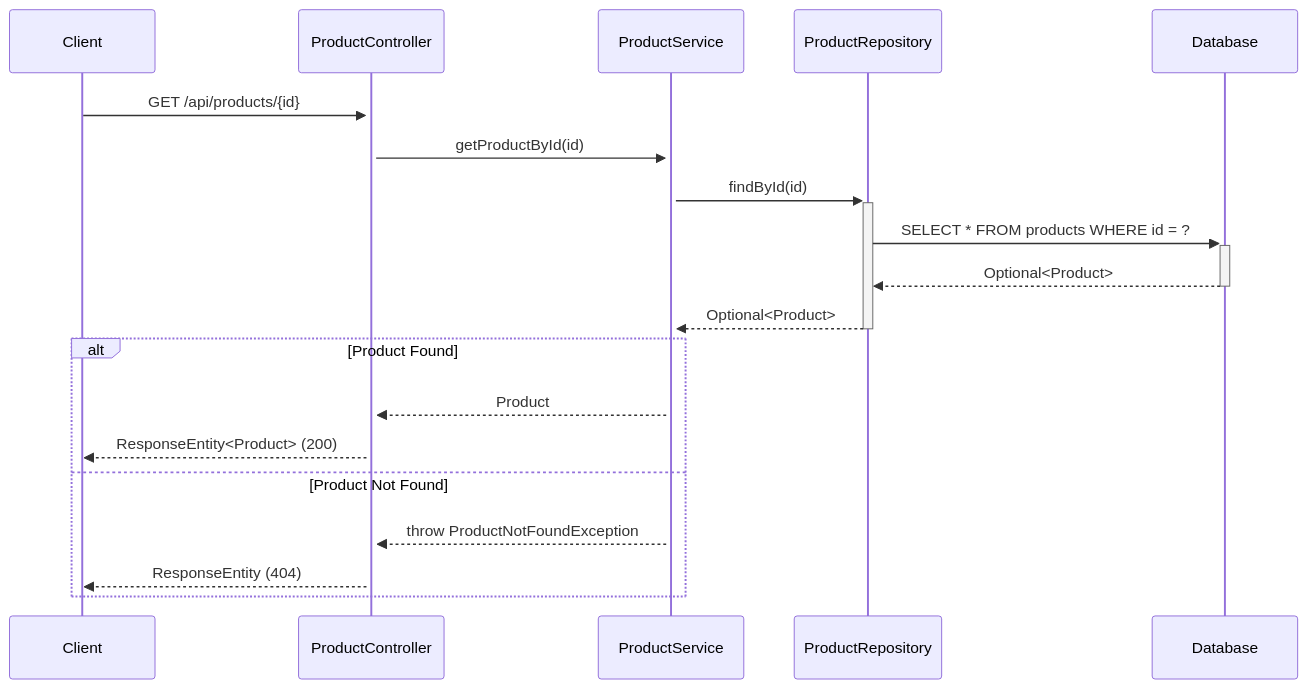
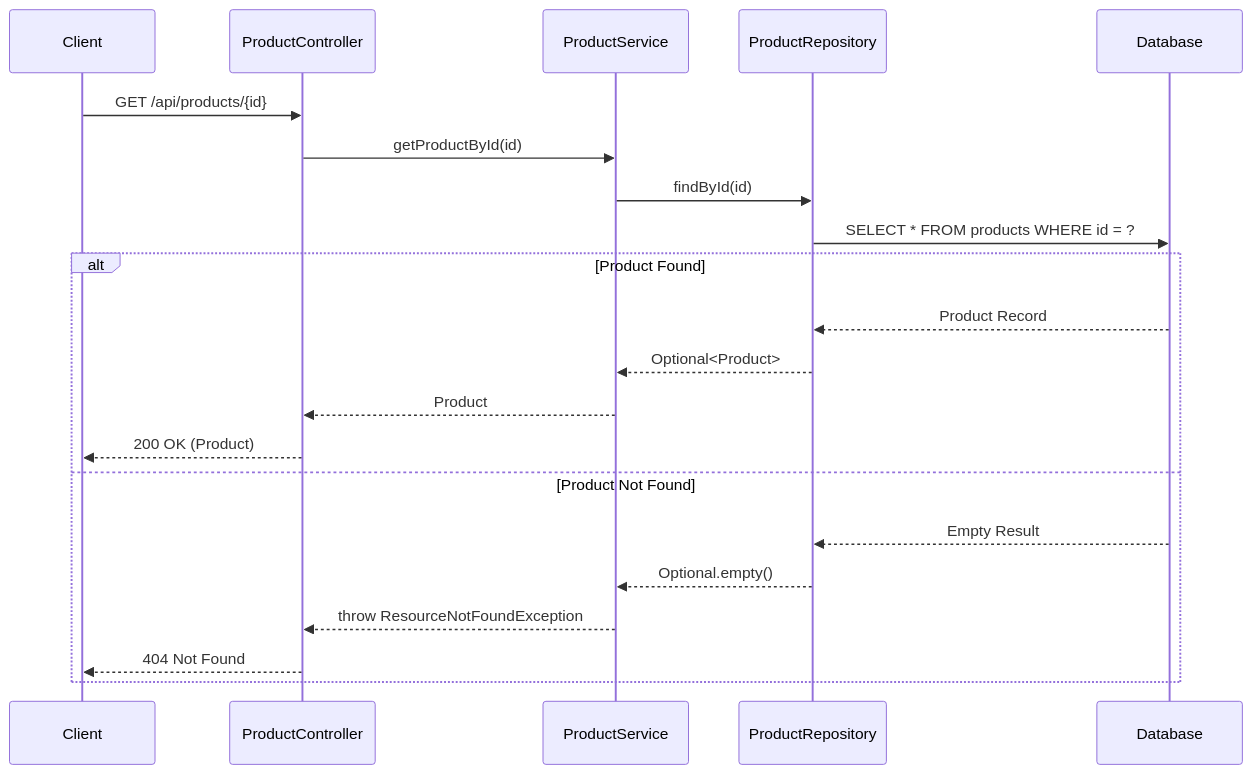
One commit to NavneetBN47/aava-ecom-demo changed the fourth of 13 diagrams in docs/LLD/lld.md. Above: the diagram before and after it, drawn with Mermaid. The commit also changed other lines of this file, not shown here.

````diff
--- a/docs/LLD/lld.md
+++ b/docs/LLD/lld.md
@@ -233,23 +231,25 @@
 ```mermaid
 sequenceDiagram
     participant Client
     participant ProductController
     participant ProductService
     participant ProductRepository
     participant Database
-    
-    Client->>+ProductController: GET /api/products/{id}
-    ProductController->>+ProductService: getProductById(id)
-    ProductService->>+ProductRepository: findById(id)
-    ProductRepository->>+Database: SELECT * FROM products WHERE id = ?
-    Database-->>-ProductRepository: Optional<Product>
-    ProductRepository-->>-ProductService: Optional<Product>
+
+    Client->>ProductController: GET /api/products/{id}
+    ProductController->>ProductService: getProductById(id)
+    ProductService->>ProductRepository: findById(id)
+    ProductRepository->>Database: SELECT * FROM products WHERE id = ?
     
     alt Product Found
+        Database-->>ProductRepository: Product Record
+        ProductRepository-->>ProductService: Optional<Product>
         ProductService-->>ProductController: Product
-        ProductController-->>Client: ResponseEntity<Product> (200)
+        ProductController-->>Client: 200 OK (Product)
     else Product Not Found
-        ProductService-->>ProductController: throw ProductNotFoundException
-        ProductController-->>Client: ResponseEntity (404)
+        Database-->>ProductRepository: Empty Result
+        ProductRepository-->>ProductService: Optional.empty()
+        ProductService-->>ProductController: throw ResourceNotFoundException
+        ProductController-->>Client: 404 Not Found
     end
 ```
````
